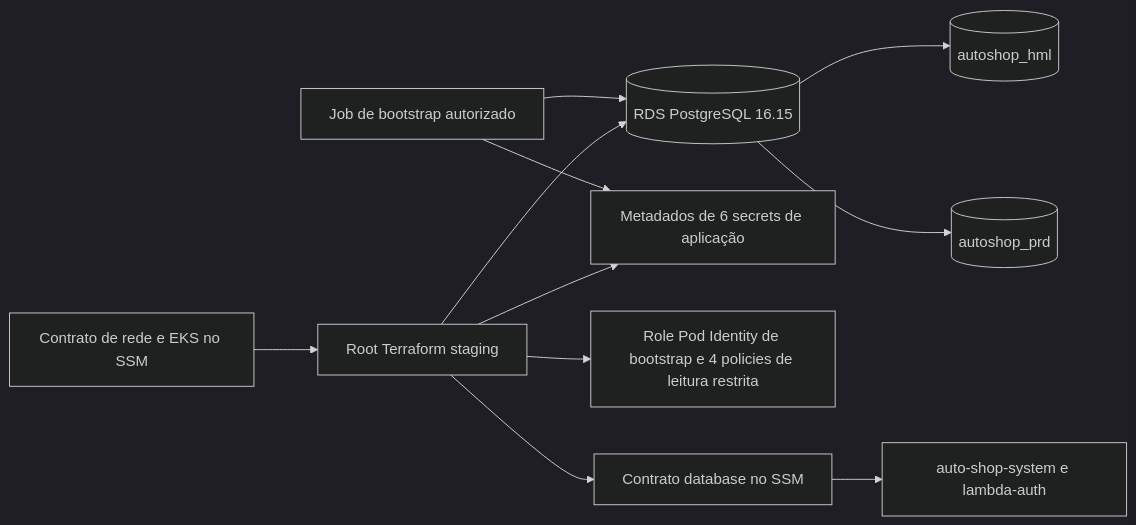
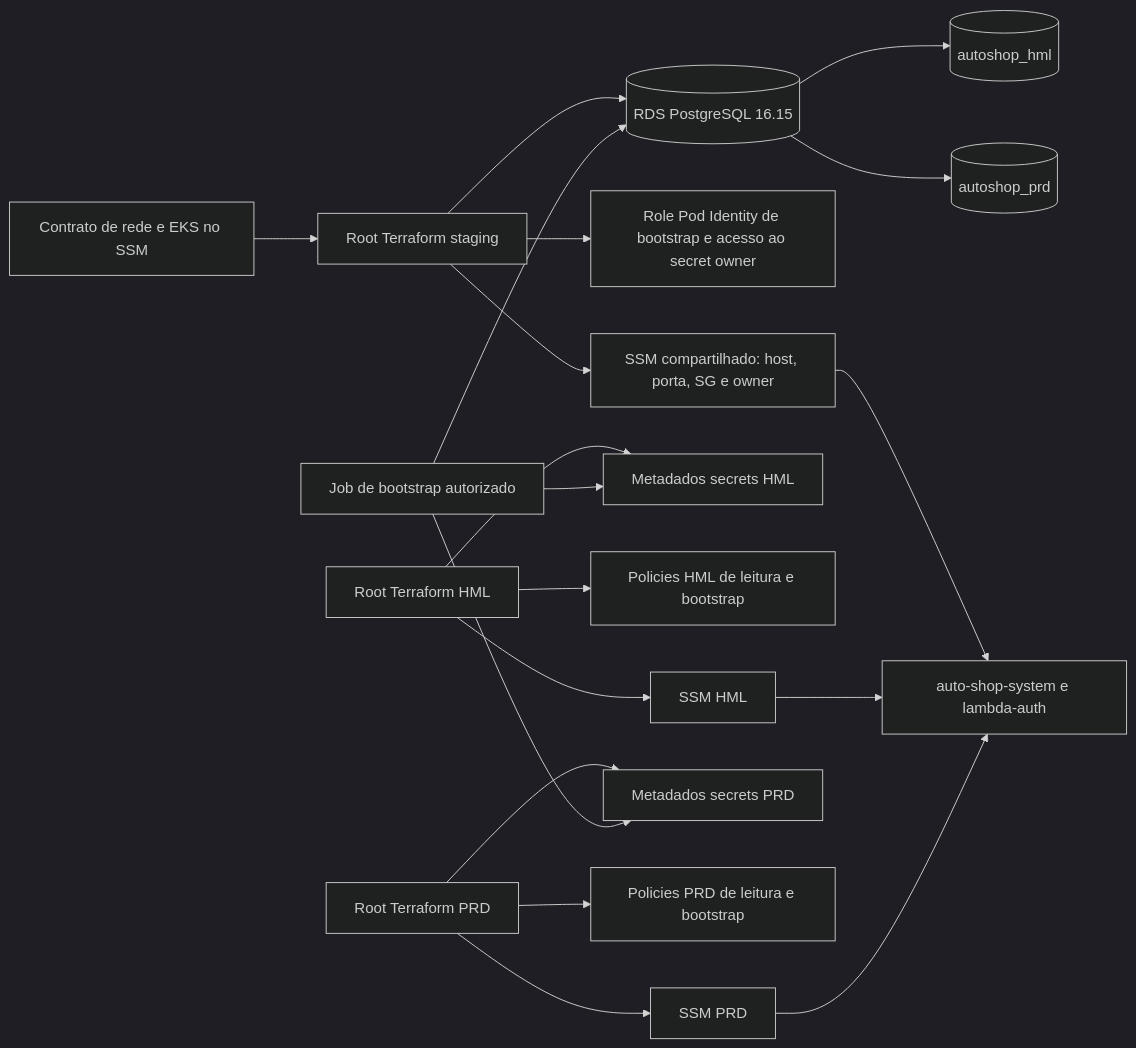
The diagram in README.md (Software-Architecture-Group-7-FIAP/database-infra), drawn with Mermaid (dark theme) before and after one commit. The commit also changed other lines of this file and 53 other files, not shown here.

First line of the commit message:
feat: split HML/PRD Terraform roots and states (#14)

````diff
--- a/README.md
+++ b/README.md
@@ -23,13 +23,21 @@
 ```mermaid
 flowchart LR
   Network[Contrato de rede e EKS no SSM] --> Root[Root Terraform staging]
   Root --> RDS[(RDS PostgreSQL 16.15)]
   RDS --> HML[(autoshop_hml)]
   RDS --> PRD[(autoshop_prd)]
-  Root --> Secrets[Metadados de 6 secrets de aplicação]
-  Root --> IAM[Role Pod Identity de bootstrap e 4 policies de leitura restrita]
-  Root --> SSM[Contrato database no SSM]
+  Root --> Owner[Role Pod Identity de bootstrap e acesso ao secret owner]
+  Root --> SharedSSM[SSM compartilhado: host, porta, SG e owner]
+  HMLRoot[Root Terraform HML] --> HMLSecrets[Metadados secrets HML]
+  HMLRoot --> HMLPolicies[Policies HML de leitura e bootstrap]
+  HMLRoot --> HMLSSM[SSM HML]
+  PRDRoot[Root Terraform PRD] --> PRDSecrets[Metadados secrets PRD]
+  PRDRoot --> PRDPolicies[Policies PRD de leitura e bootstrap]
+  PRDRoot --> PRDSSM[SSM PRD]
   Bootstrap[Job de bootstrap autorizado] --> RDS
-  Bootstrap --> Secrets
-  SSM --> Apps[auto-shop-system e lambda-auth]
+  Bootstrap --> HMLSecrets
+  Bootstrap --> PRDSecrets
+  SharedSSM --> Apps[auto-shop-system e lambda-auth]
+  HMLSSM --> Apps
+  PRDSSM --> Apps
 ```
````
